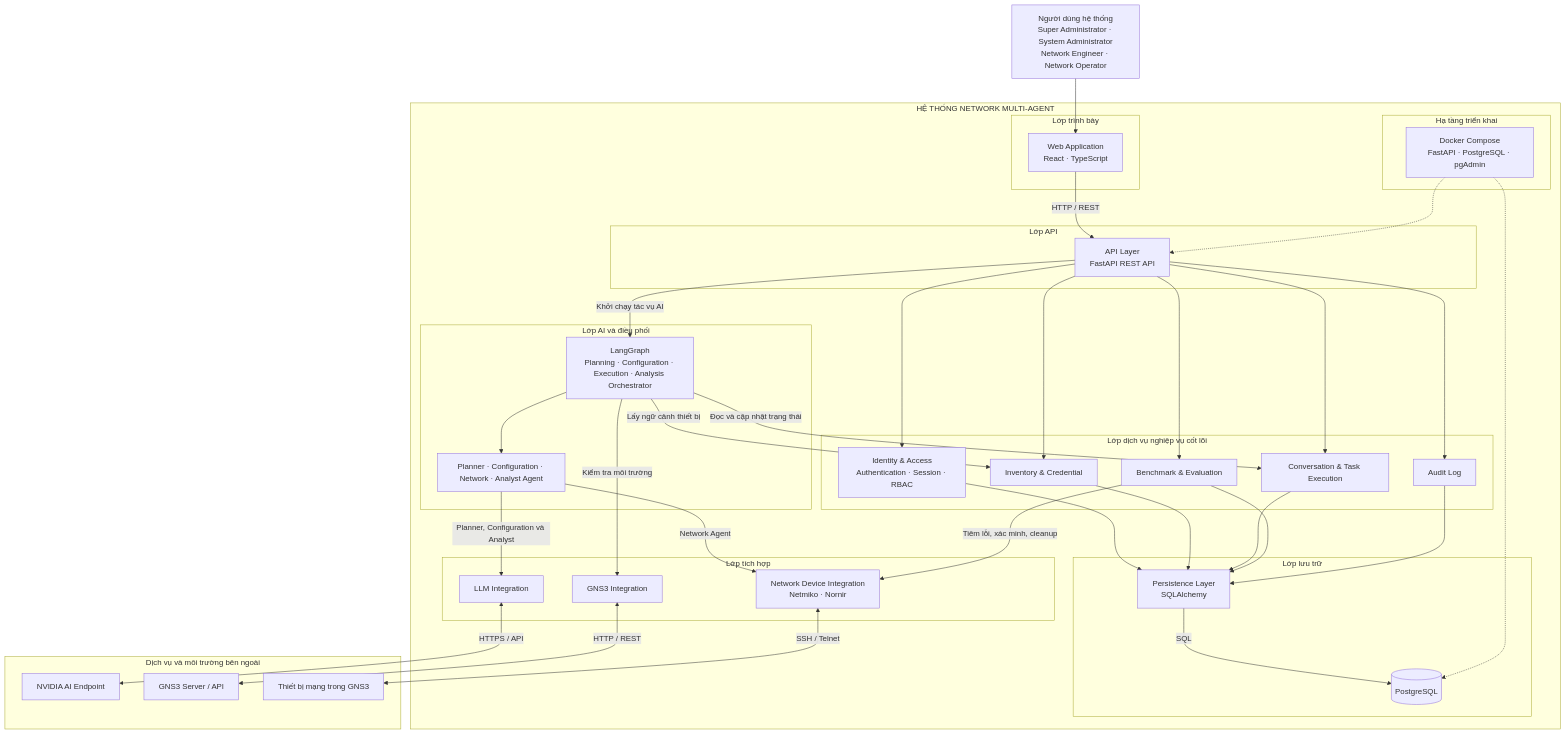
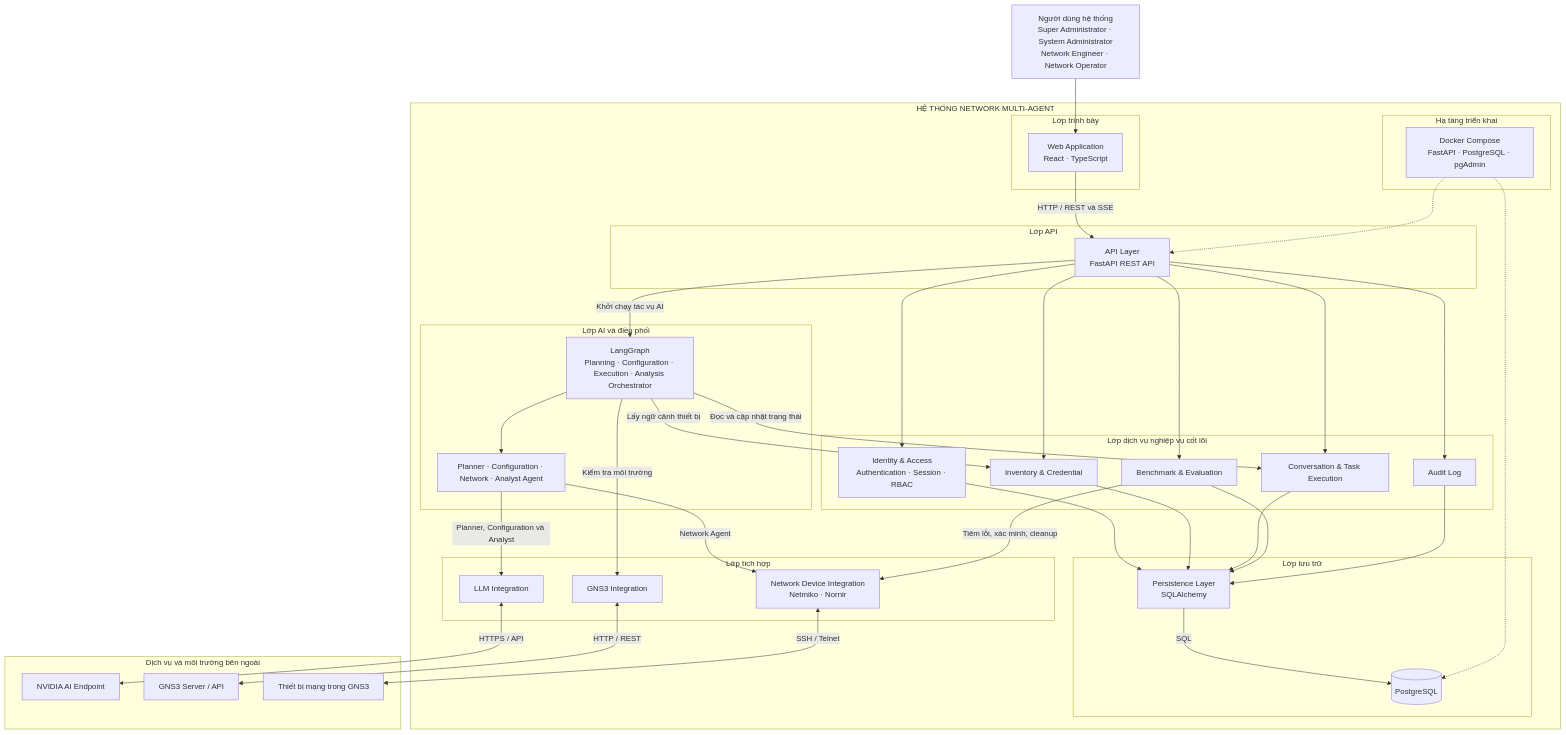
Before and after one commit to mujin0422/network-multi-agent-system-backend: the second of 11 diagrams in docs/reports/report-end-of-term.md, drawn with Mermaid. The commit also changed other lines of this file, not shown here.

Commit message:
docs(report): align architecture with implemented workflow

````diff
--- a/docs/reports/report-end-of-term.md
+++ b/docs/reports/report-end-of-term.md
@@ -633,79 +633,79 @@
 ```mermaid
 flowchart TB
     ACTOR["Người dùng hệ thống<br/>Super Administrator · System Administrator<br/>Network Engineer · Network Operator"]
 
     subgraph SYSTEM["HỆ THỐNG NETWORK MULTI-AGENT"]
         subgraph PRESENTATION["Lớp trình bày"]
             FE["Web Application<br/>React · TypeScript"]
         end
 
         subgraph API_LAYER["Lớp API"]
             API["API Layer<br/>FastAPI REST API"]
         end
 
         subgraph CORE["Lớp dịch vụ nghiệp vụ cốt lõi"]
             IDENTITY["Identity & Access<br/>Authentication · Session · RBAC"]
             INVENTORY["Inventory & Credential"]
             OPERATIONS["Conversation & Task Execution"]
             BENCHMARK["Benchmark & Evaluation"]
             AUDIT["Audit Log"]
         end
 
         subgraph AI["Lớp AI và điều phối"]
             ORCHESTRATION["LangGraph<br/>Planning · Configuration · Execution · Analysis Orchestrator"]
             AGENTS["Planner · Configuration · Network · Analyst Agent"]
         end
 
         subgraph INTEGRATION["Lớp tích hợp"]
             LLMINT["LLM Integration"]
             GNS3INT["GNS3 Integration"]
             NETINT["Network Device Integration<br/>Netmiko · Nornir"]
         end
 
         subgraph DATA["Lớp lưu trữ"]
             PERSISTENCE["Persistence Layer<br/>SQLAlchemy"]
             DB[("PostgreSQL")]
         end
 
         subgraph INFRASTRUCTURE["Hạ tầng triển khai"]
             DEPLOY["Docker Compose<br/>FastAPI · PostgreSQL · pgAdmin"]
         end
 
-        FE -->|HTTP / REST| API
+        FE -->|HTTP / REST và SSE| API
         API --> IDENTITY
         API --> INVENTORY
         API --> OPERATIONS
         API --> BENCHMARK
         API --> AUDIT
         API -->|Khởi chạy tác vụ AI| ORCHESTRATION
 
         ORCHESTRATION --> AGENTS
         ORCHESTRATION -->|Đọc và cập nhật trạng thái| OPERATIONS
         ORCHESTRATION -->|Lấy ngữ cảnh thiết bị| INVENTORY
         AGENTS -->|Planner, Configuration và Analyst| LLMINT
         ORCHESTRATION -->|Kiểm tra môi trường| GNS3INT
         AGENTS -->|Network Agent| NETINT
         BENCHMARK -->|Tiêm lỗi, xác minh, cleanup| NETINT
 
         IDENTITY --> PERSISTENCE
         INVENTORY --> PERSISTENCE
         OPERATIONS --> PERSISTENCE
         BENCHMARK --> PERSISTENCE
         AUDIT --> PERSISTENCE
         PERSISTENCE -->|SQL| DB
 
         DEPLOY -.-> API
         DEPLOY -.-> DB
     end
 
     subgraph EXTERNAL["Dịch vụ và môi trường bên ngoài"]
         LLM["NVIDIA AI Endpoint"]
         GNS3["GNS3 Server / API"]
         DEV["Thiết bị mạng trong GNS3"]
     end
 
     ACTOR --> FE
     LLMINT <-->|HTTPS / API| LLM
     GNS3INT <-->|HTTP / REST| GNS3
     NETINT <-->|SSH / Telnet| DEV
 ```
````
